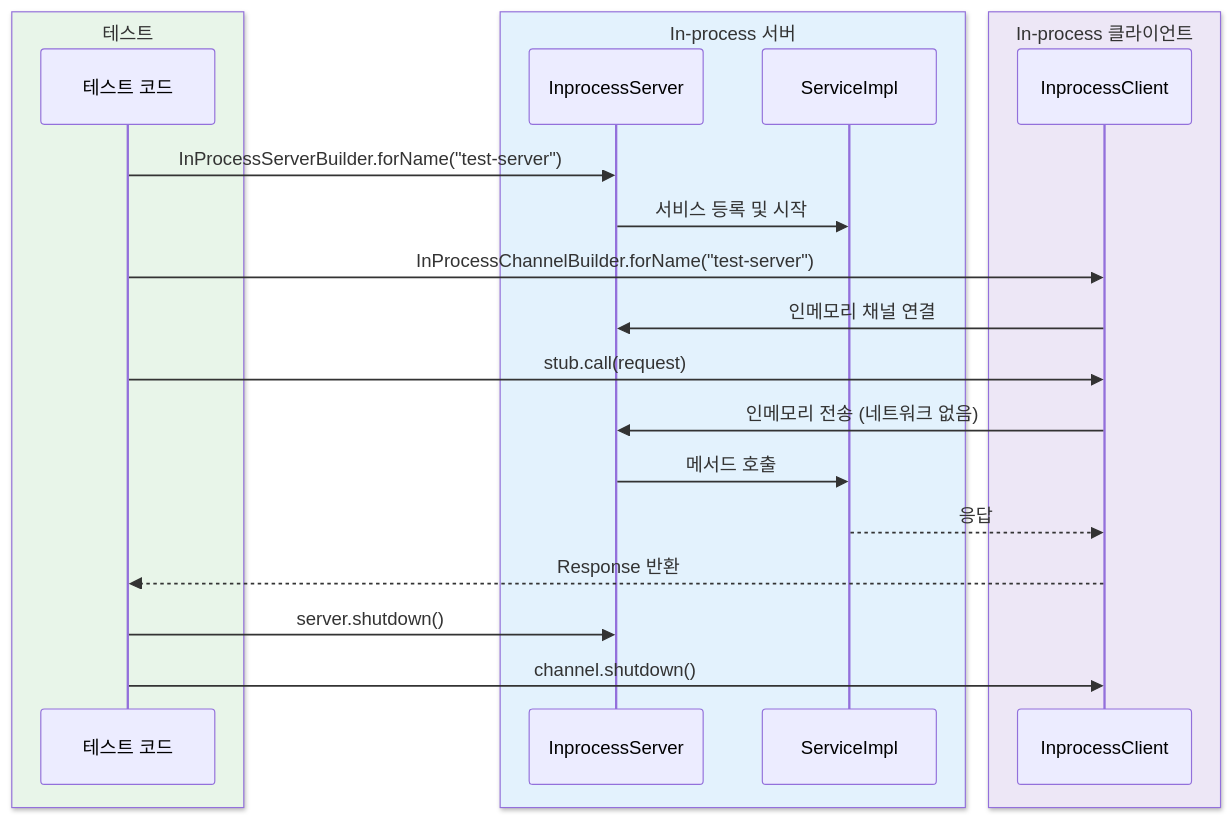
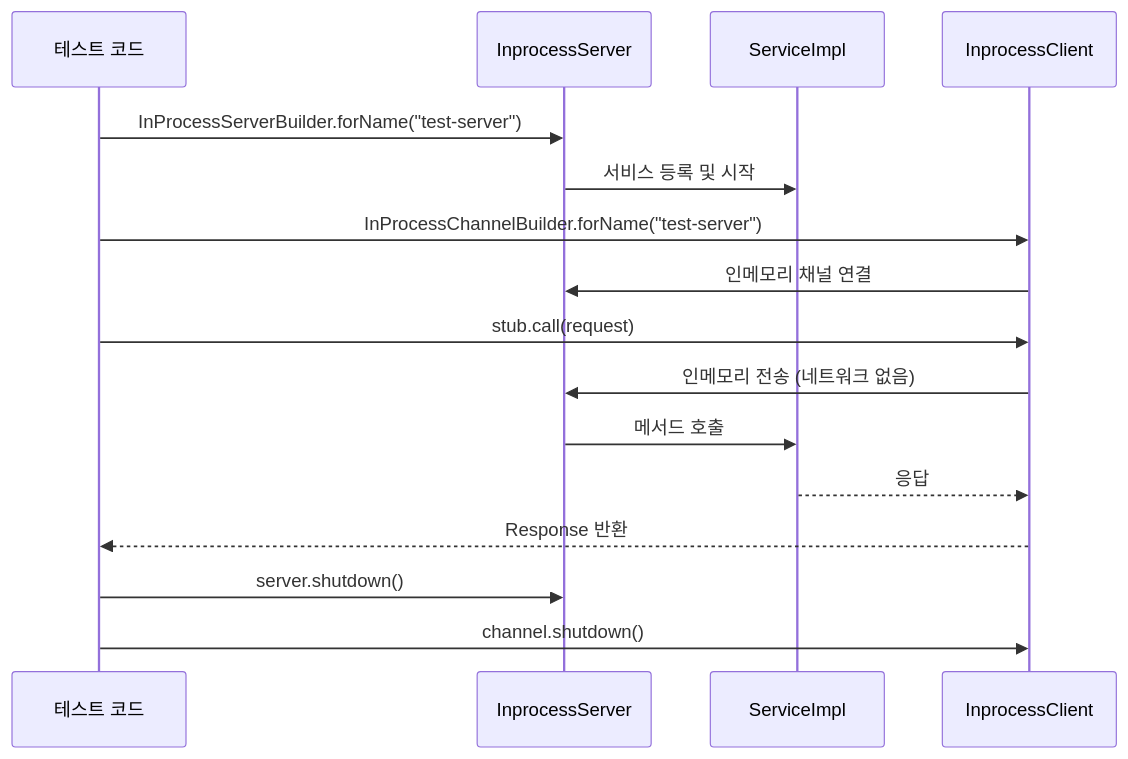
One commit to bluetape4k/bluetape4k-projects changed the fourth of 4 diagrams in io/grpc/README.ko.md. Above: the diagram before and after it, drawn with Mermaid. The commit also changed other lines of this file and 219 other files, not shown here.

First line of the commit message:
docs: 전체 README Mermaid 다이어그램 가이드 적용

````diff
--- a/io/grpc/README.ko.md
+++ b/io/grpc/README.ko.md
@@ -137,27 +133,21 @@
 ```mermaid
 sequenceDiagram
-    box rgb(232, 245, 233) 테스트
         participant T as 테스트 코드
-    end
-    box rgb(227, 242, 253) In-process 서버
         participant IS as InprocessServer
         participant SVC as ServiceImpl
-    end
-    box rgb(237, 231, 246) In-process 클라이언트
         participant IC as InprocessClient
-    end
 
     T->>IS: InProcessServerBuilder.forName("test-server")
     IS->>SVC: 서비스 등록 및 시작
     T->>IC: InProcessChannelBuilder.forName("test-server")
     IC->>IS: 인메모리 채널 연결
 
     T->>IC: stub.call(request)
     IC->>IS: 인메모리 전송 (네트워크 없음)
     IS->>SVC: 메서드 호출
     SVC-->>IC: 응답
     IC-->>T: Response 반환
 
     T->>IS: server.shutdown()
     T->>IC: channel.shutdown()
 ```
````
